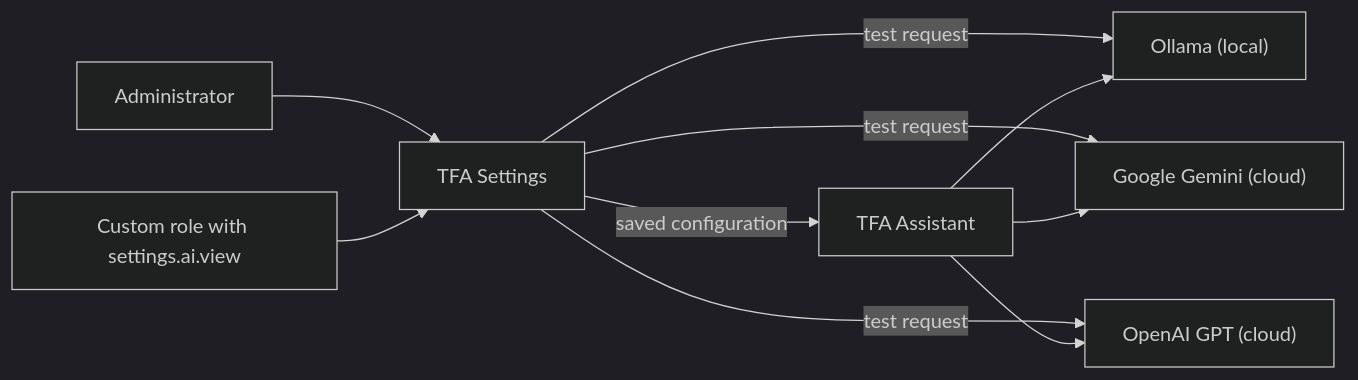
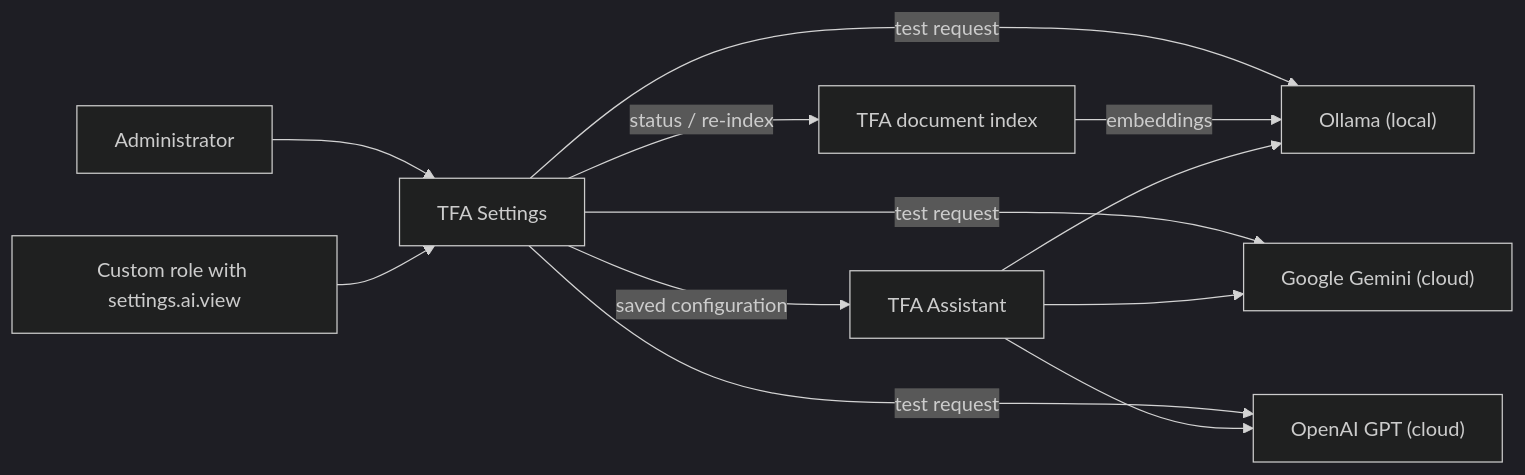
Before and after one commit to jojogeorge3344/TaskFlow-Project: the first of 4 diagrams in TF - Documents/TF - FRD/06-Settings/06.3-TFA-Settings/FRD-TFA-Settings.md, drawn with Mermaid (dark theme). The commit also changed other lines of this file and 123 other files, not shown here.

````diff
--- a/TF - Documents/TF - FRD/06-Settings/06.3-TFA-Settings/FRD-TFA-Settings.md
+++ b/TF - Documents/TF - FRD/06-Settings/06.3-TFA-Settings/FRD-TFA-Settings.md
@@ -86,12 +94,14 @@
 ```mermaid
 flowchart LR
   U1["Administrator"] --> S["TFA Settings"]
   U2["Custom role with settings.ai.view"] --> S
   S -- "saved configuration" --> T["TFA Assistant"]
   S -- "test request" --> O["Ollama (local)"]
   S -- "test request" --> G["Google Gemini (cloud)"]
   S -- "test request" --> P["OpenAI GPT (cloud)"]
+  S -- "status / re-index" --> D["TFA document index"]
+  D -- "embeddings" --> O
   T --> O
   T --> G
   T --> P
 ```
````
